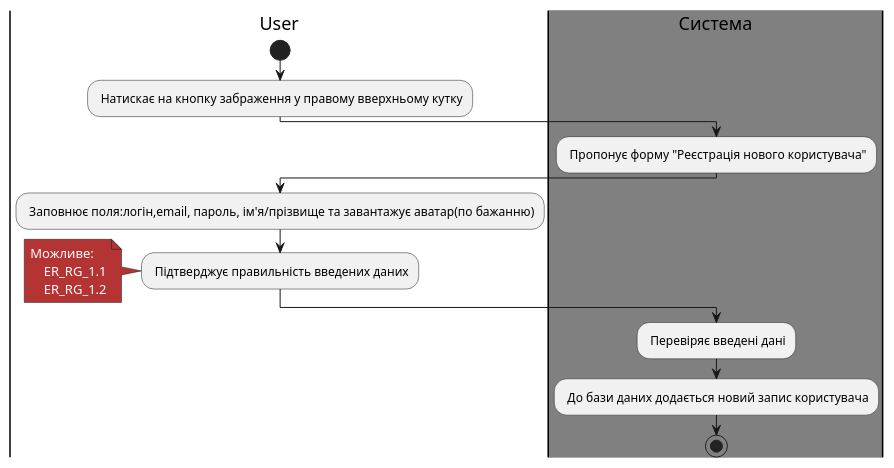
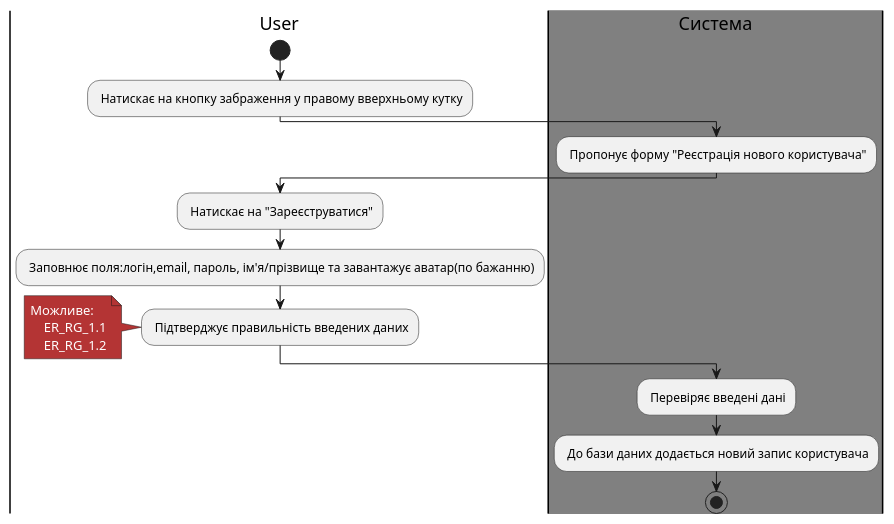
The diagram in doc/uml/registration.puml (l0releei/Vt_website), drawn with PlantUML before and after one commit.

```diff
--- a/doc/uml/registration.puml
+++ b/doc/uml/registration.puml
@@ -1,32 +1,35 @@
 @startuml
 skinparam ArchimateBackgroundColor #ffffff
 skinparam	shadowing false
 skinparam Note {
 	BackgroundColor #B43434
 	FontColor #ffffff
 }
 
 
 |User| 
 start
 
 : Натискає на кнопку забраження у правому вверхньому кутку;
 
 |#Gray|Система|
 
 : Пропонує форму "Реєстрація нового користувача";
 
 |User| 
+
+: Натискає на "Зареєструватися";
+
 : Заповнює поля:логін,email, пароль, ім'я/прізвище та завантажує аватар(по бажанню);
 
 : Підтверджує правильність введених даних;
 note left
 Можливе:
     ER_RG_1.1
     ER_RG_1.2
 end note
 |#Gray|Система|
 : Перевіряє введені дані;
 : До бази даних додається новий запис користувача;
 stop;
 @enduml
```
